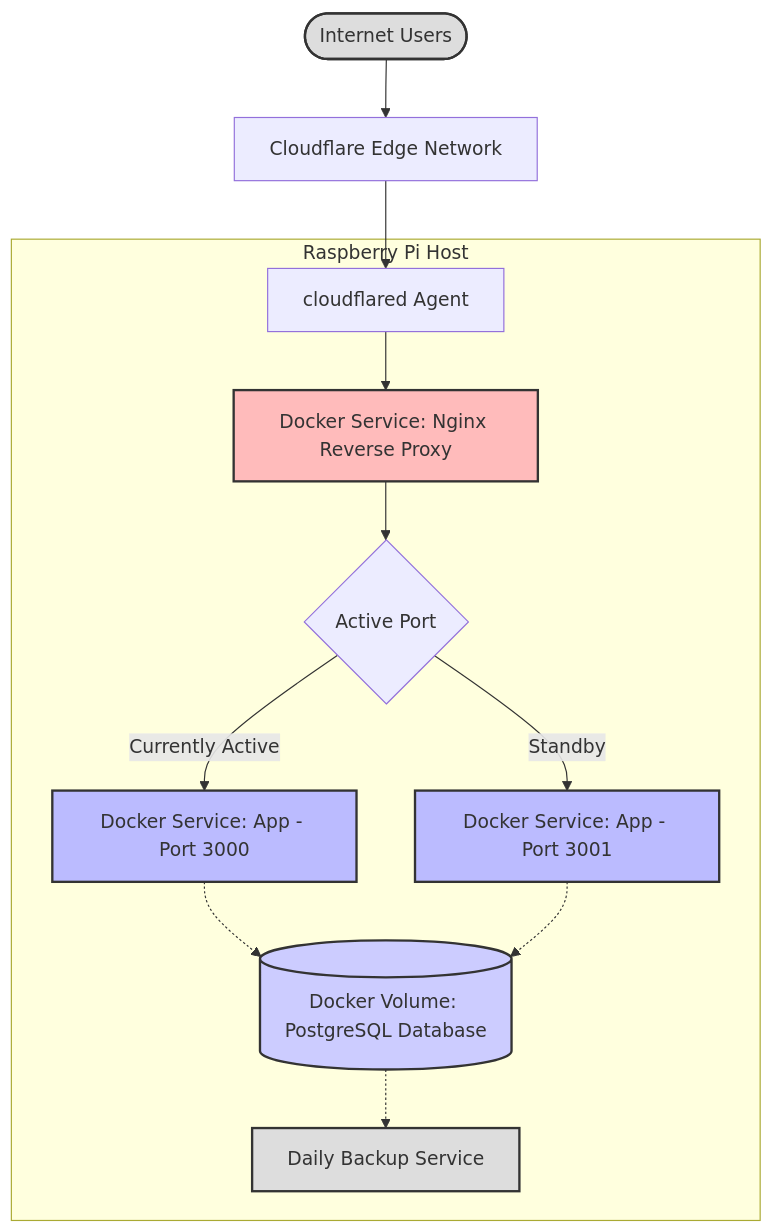
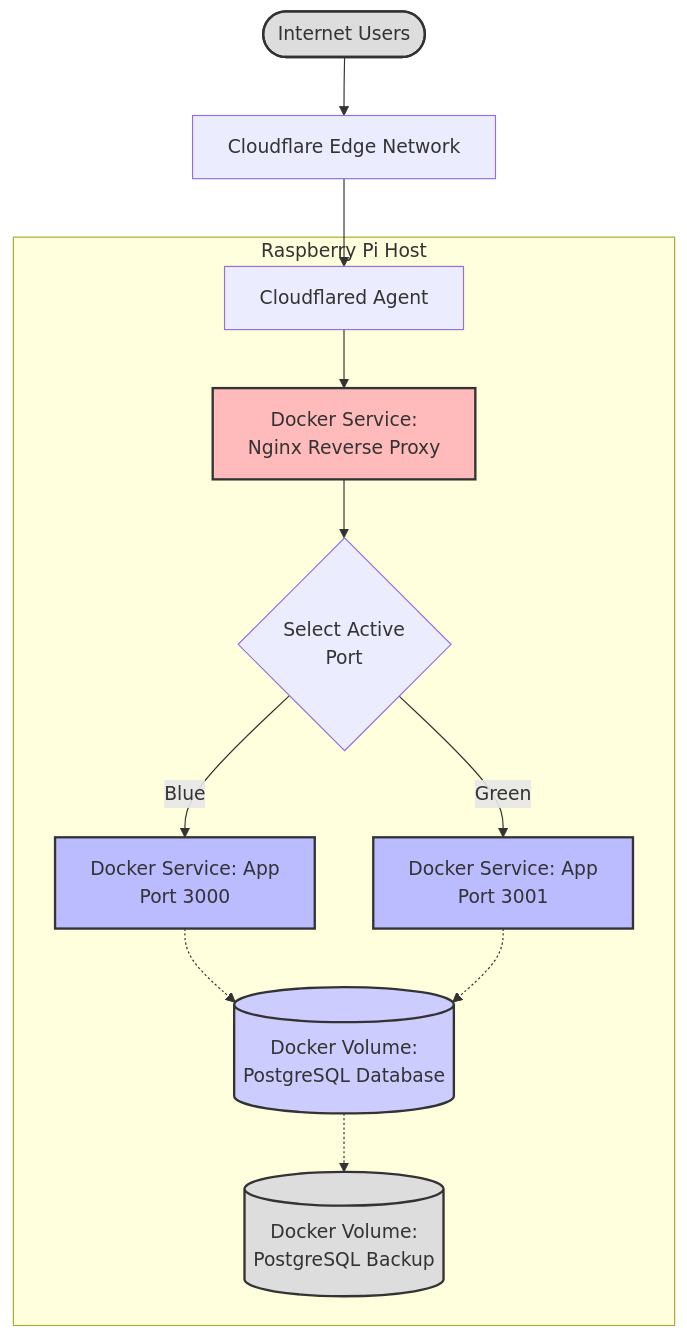
Before and after one commit to JRRS1982/balanced: the third of 3 diagrams in README.md, drawn with Mermaid. The commit also changed other lines of this file and 4 other files, not shown here.

````diff
--- a/README.md
+++ b/README.md
@@ -154,36 +164,36 @@
 ```mermaid
 flowchart TB
     %% Production System Components
     users([Internet Users]) --> Cloudflare[Cloudflare Edge Network]
 
-    Cloudflare --> cloudflared[cloudflared Agent]
+    Cloudflare --> cloudflared[Cloudflared Agent]
 
     subgraph "Raspberry Pi Host"
         cloudflared --> nginx
-        app_blue[Docker Service: App - Port 3000]
-        app_green[Docker Service: App - Port 3001]
+        app_blue[Docker Service: App <br/> Port 3000]
+        app_green[Docker Service: App <br/> Port 3001]
 
-        nginx[Docker Service: Nginx Reverse Proxy] --> active{Active Port}
+        nginx[Docker Service: <br/> Nginx Reverse Proxy] --> active{Select Active <br/> Port}
 
-        active -->|Currently Active| app_blue
-        active -->|Standby| app_green
+        active -->|Blue| app_blue
+        active -->|Green| app_green
 
         app_blue -.-> db
         app_green -.-> db
 
-        db[(Docker Volume: PostgreSQL Database)]
-        backup[Daily Backup Service]
+        db[(Docker Volume: <br/> PostgreSQL Database)]
+        backup[(Docker Volume: <br/> PostgreSQL Backup)]
 
         db -.-> backup
     end
 
     classDef container fill:#bbf,stroke:#333,stroke-width:2px
     classDef database fill:#ccf,stroke:#333,stroke-width:2px
     classDef proxy fill:#fbb,stroke:#333,stroke-width:2px
     classDef external fill:#ddd,stroke:#333,stroke-width:2px
 
     class app_blue,app_green container
     class db database
     class nginx proxy
     class backup,users external
 ```
````
